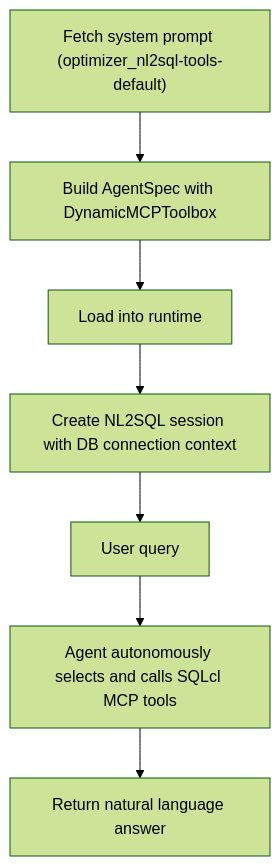
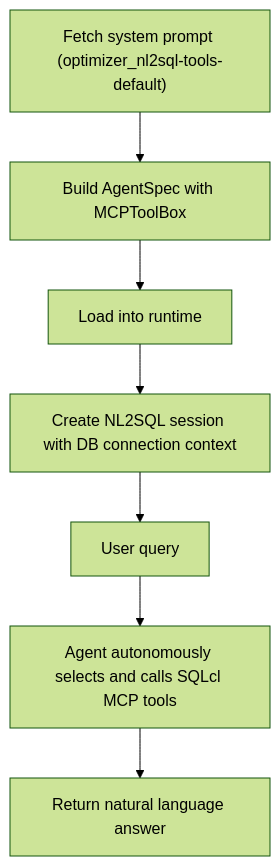
The diagram in docs/content/agents/nl2sql.md (oracle/ai-optimizer), drawn with Mermaid (forest theme) before and after one commit. The commit also changed other lines of this file and 3 other files, not shown here.

````diff
--- a/docs/content/agents/nl2sql.md
+++ b/docs/content/agents/nl2sql.md
@@ -9,9 +9,9 @@
 ```mermaid
 flowchart TD
-    prompt["Fetch system prompt (optimizer_nl2sql-tools-default)"] --> build["Build AgentSpec with DynamicMCPToolbox"]
+    prompt["Fetch system prompt (optimizer_nl2sql-tools-default)"] --> build["Build AgentSpec with MCPToolBox"]
     build --> load["Load into runtime"]
     load --> session["Create NL2SQL session with DB connection context"]
     session --> input["User query"]
     input --> agent["Agent autonomously selects and calls SQLcl MCP tools"]
     agent --> reply["Return natural language answer"]
 ```
````
